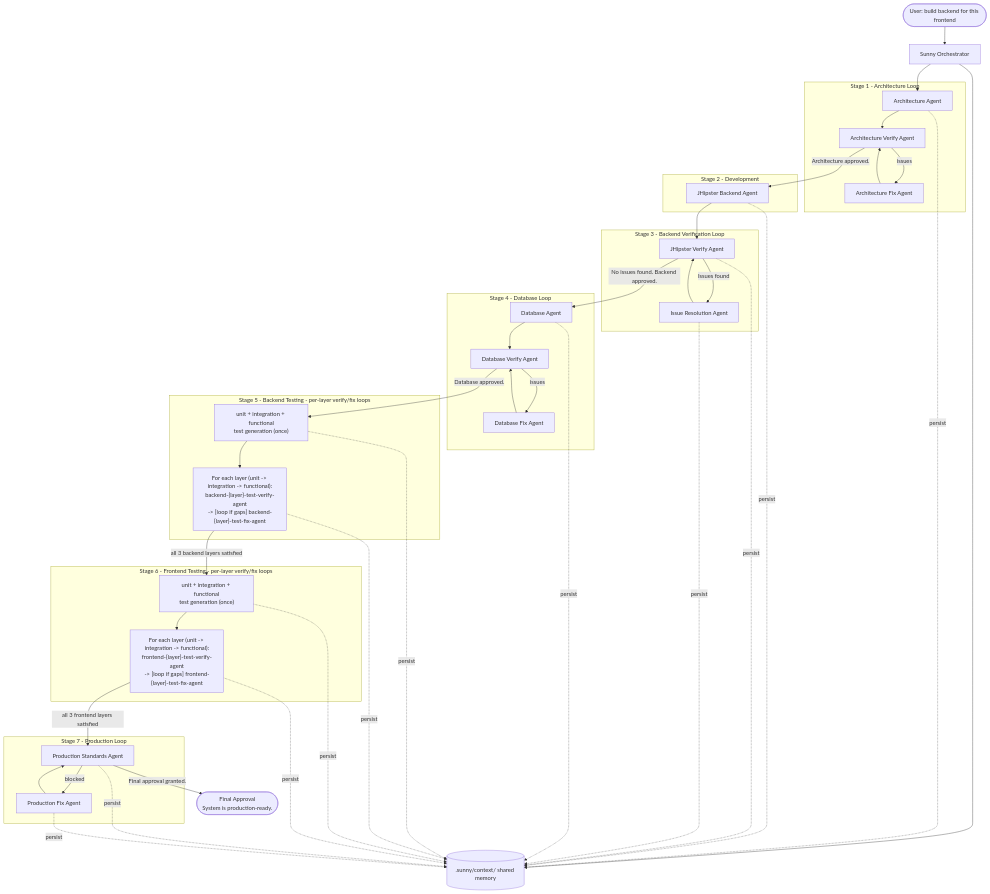
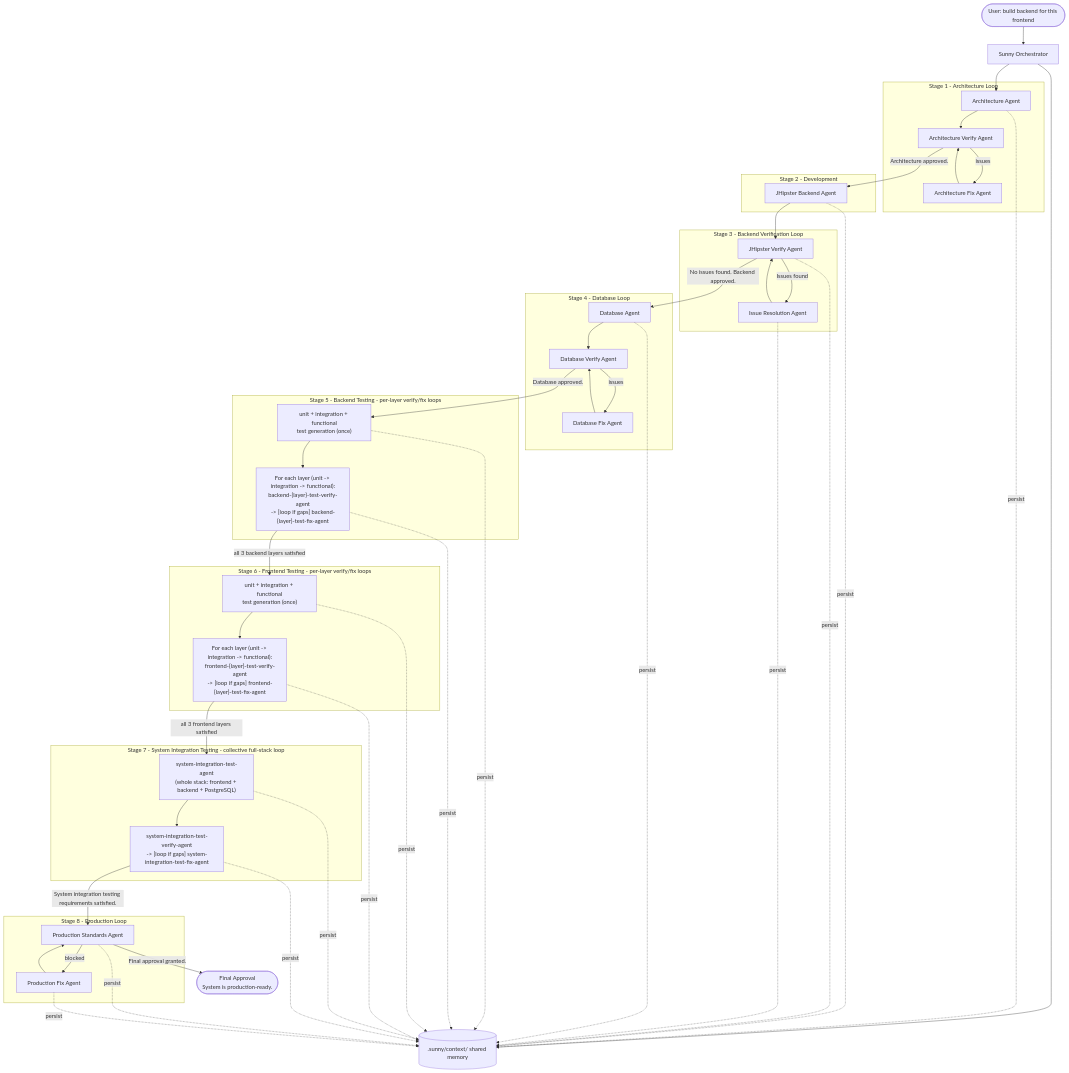
Before and after one commit to priyam-qo-box/agents: the first of 2 diagrams in .cursor/agents/README.md, drawn with Mermaid. The commit also changed other lines of this file and 8 other files, not shown here.

First line of the commit message:
Add system integration test agents to enhance full-stack testing capabilities

````diff
--- a/.cursor/agents/README.md
+++ b/.cursor/agents/README.md
@@ -68,68 +71,76 @@
 ```mermaid
 flowchart TD
     User([User: build backend for this frontend]) --> Sunny[Sunny Orchestrator]
     Sunny --> Ctx[(".sunny/context/ shared memory")]
 
     subgraph arch [Stage 1 - Architecture Loop]
         ARC[Architecture Agent]
         ARCV[Architecture Verify Agent]
         ARCF[Architecture Fix Agent]
     end
     subgraph dev [Stage 2 - Development]
         BE[JHipster Backend Agent]
     end
     subgraph verify [Stage 3 - Backend Verification Loop]
         VER[JHipster Verify Agent]
         FIX[Issue Resolution Agent]
     end
     subgraph db [Stage 4 - Database Loop]
         DBA[Database Agent]
         DBV[Database Verify Agent]
         DBF[Database Fix Agent]
     end
     subgraph btest [Stage 5 - Backend Testing - per-layer verify/fix loops]
         BGEN["unit + integration + functional<br/>test generation (once)"]
         BLAYERS["For each layer (unit -> integration -> functional):<br/>backend-{layer}-test-verify-agent<br/>-> [loop if gaps] backend-{layer}-test-fix-agent"]
     end
     subgraph ftest [Stage 6 - Frontend Testing - per-layer verify/fix loops]
         FGEN["unit + integration + functional<br/>test generation (once)"]
         FLAYERS["For each layer (unit -> integration -> functional):<br/>frontend-{layer}-test-verify-agent<br/>-> [loop if gaps] frontend-{layer}-test-fix-agent"]
     end
-    subgraph prod [Stage 7 - Production Loop]
+    subgraph sitest [Stage 7 - System Integration Testing - collective full-stack loop]
+        SIGEN["system-integration-test-agent<br/>(whole stack: frontend + backend + PostgreSQL)"]
+        SILOOP["system-integration-test-verify-agent<br/>-> [loop if gaps] system-integration-test-fix-agent"]
+    end
+    subgraph prod [Stage 8 - Production Loop]
         PROD[Production Standards Agent]
         PFIX[Production Fix Agent]
     end
 
     Sunny --> ARC
     ARC --> ARCV
     ARCV -->|"issues"| ARCF
     ARCF --> ARCV
     ARCV -->|"Architecture approved."| BE
     BE --> VER
     VER -->|"Issues found"| FIX
     FIX --> VER
     VER -->|"No issues found. Backend approved."| DBA
     DBA --> DBV
     DBV -->|"issues"| DBF
     DBF --> DBV
     DBV -->|"Database approved."| BGEN
     BGEN --> BLAYERS
     BLAYERS -->|"all 3 backend layers satisfied"| FGEN
     FGEN --> FLAYERS
-    FLAYERS -->|"all 3 frontend layers satisfied"| PROD
+    FLAYERS -->|"all 3 frontend layers satisfied"| SIGEN
+    SIGEN --> SILOOP
+    SILOOP -->|"System integration testing requirements satisfied."| PROD
     PROD -->|"blocked"| PFIX
     PFIX --> PROD
     PROD -->|"Final approval granted."| Final(["Final Approval<br/>System is production-ready."])
 
     ARC -.persist.-> Ctx
     BE -.persist.-> Ctx
     VER -.persist.-> Ctx
     FIX -.persist.-> Ctx
     DBA -.persist.-> Ctx
     BGEN -.persist.-> Ctx
     BLAYERS -.persist.-> Ctx
     FGEN -.persist.-> Ctx
     FLAYERS -.persist.-> Ctx
+    SIGEN -.persist.-> Ctx
+    SILOOP -.persist.-> Ctx
     PROD -.persist.-> Ctx
     PFIX -.persist.-> Ctx
 ```
````
